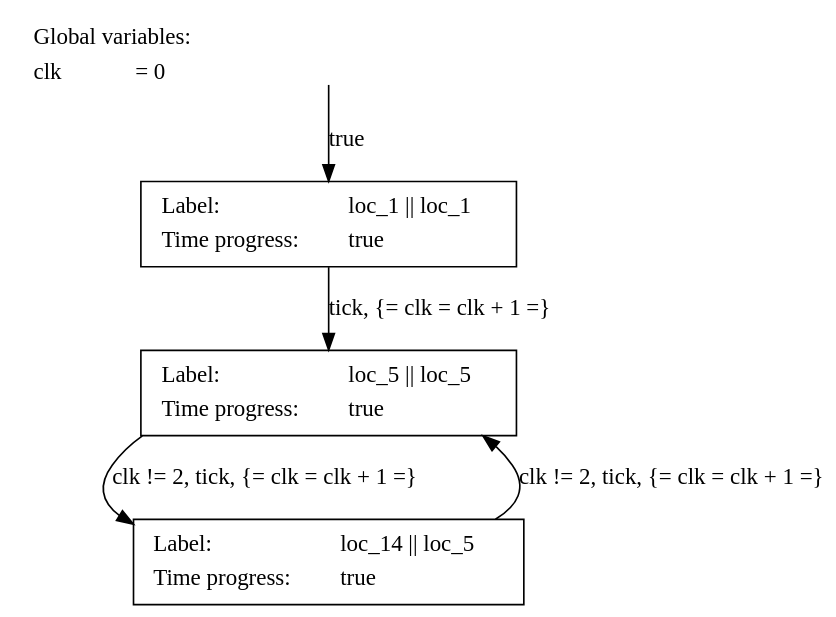
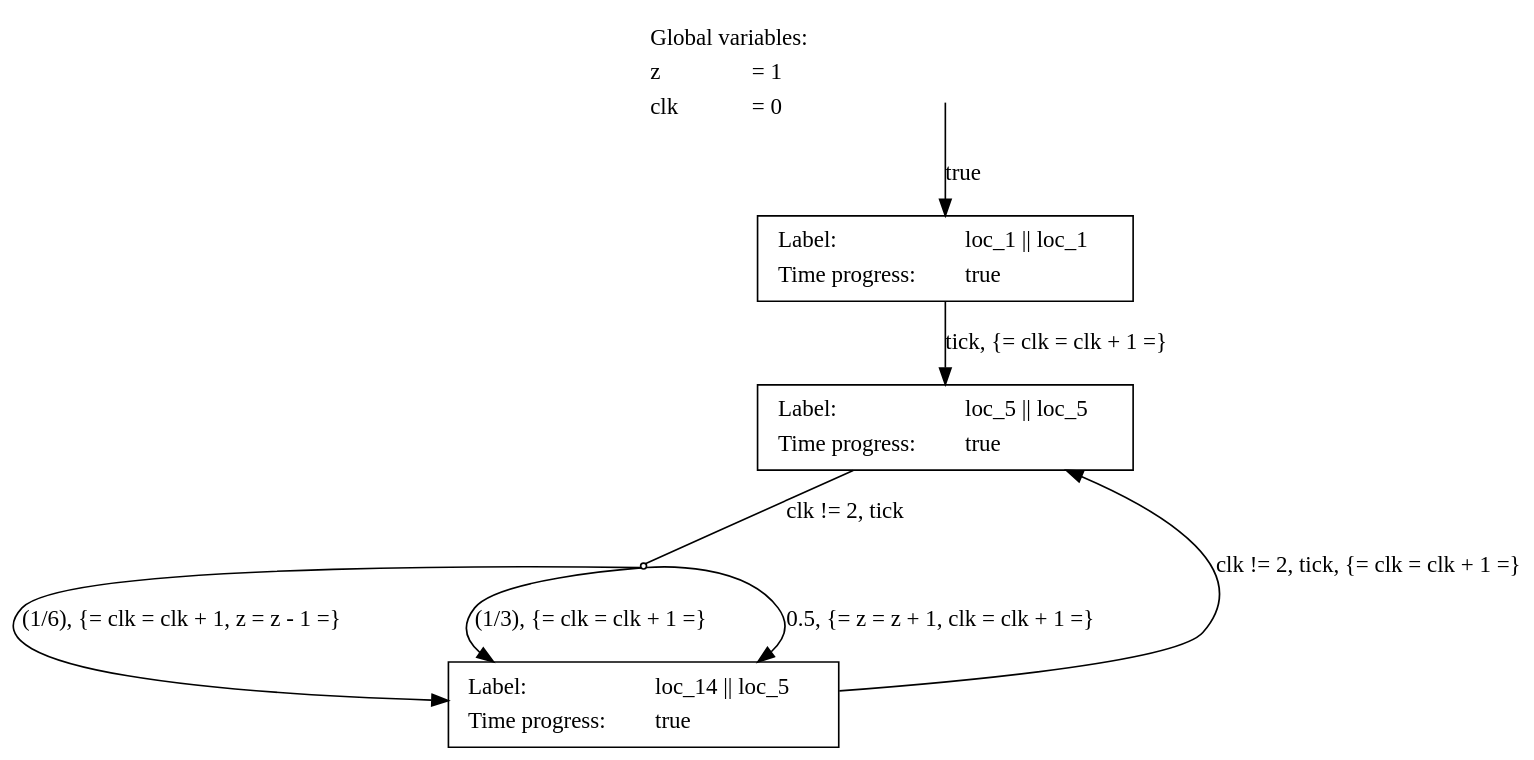
The diagram in runs/src_old/toy_test/toy_test.dot (torger9/AutomatedProbabilisticChoiceAbstraction), drawn with Graphviz before and after one commit. The commit also changed 59 other files, not shown here.

```diff
--- a/runs/src_old/toy_test/toy_test.dot
+++ b/runs/src_old/toy_test/toy_test.dot
@@ -1,15 +1,19 @@
 digraph G {
 	rankdir = TB;
 	bgcolor = transparent;
 	node [style = filled, fillcolor = white];
-__global_vars__ [shape=plaintext, fillcolor="transparent", label=<<table border="0"><tr><td align="left" valign="top" colspan="2">Global variables:</td></tr><tr><td align="left" valign="top">clk</td><td align="left" valign="top" balign="left">= 0</td></tr></table>>];
+__global_vars__ [shape=plaintext, fillcolor="transparent", label=<<table border="0"><tr><td align="left" valign="top" colspan="2">Global variables:</td></tr><tr><td align="left" valign="top">z</td><td align="left" valign="top" balign="left">= 1</td></tr><tr><td align="left" valign="top">clk</td><td align="left" valign="top" balign="left">= 0</td></tr></table>>];
 	0 [shape=box, label=<<table border="0"><tr><td align="left" valign="top">Label:</td><td align="left" valign="top" balign="left">loc_1 || loc_1</td></tr><tr><td align="left" valign="top">Time progress:</td><td align="left" valign="top" balign="left">true</td></tr></table>>];
 	1 [shape=box, label=<<table border="0"><tr><td align="left" valign="top">Label:</td><td align="left" valign="top" balign="left">loc_5 || loc_5</td></tr><tr><td align="left" valign="top">Time progress:</td><td align="left" valign="top" balign="left">true</td></tr></table>>];
 	0 -> 1 [label=<tick, {= clk = clk + 1 =}<br align="left" />>];
+	i0 [shape=point];
+	1 -> i0 [label=<clk != 2, tick<br align="left" />>, arrowhead=none];
 	2 [shape=box, label=<<table border="0"><tr><td align="left" valign="top">Label:</td><td align="left" valign="top" balign="left">loc_14 || loc_5</td></tr><tr><td align="left" valign="top">Time progress:</td><td align="left" valign="top" balign="left">true</td></tr></table>>];
-	1 -> 2 [label=<clk != 2, tick, {= clk = clk + 1 =}<br align="left" />>];
+	i0 -> 2 [label=<(1/6), {= clk = clk + 1, z = z - 1 =}<br align="left" />>];
+	i0 -> 2 [label=<(1/3), {= clk = clk + 1 =}<br align="left" />>];
+	i0 -> 2 [label=<0.5, {= z = z + 1, clk = clk + 1 =}<br align="left" />>];
 	2 -> 1 [label=<clk != 2, tick, {= clk = clk + 1 =}<br align="left" />>];
 	_____initial3 [shape=none, style=invisible, label=""];
 	_____initial3 -> 0 [label=<true<br align="left" />>];
 
 }
```
